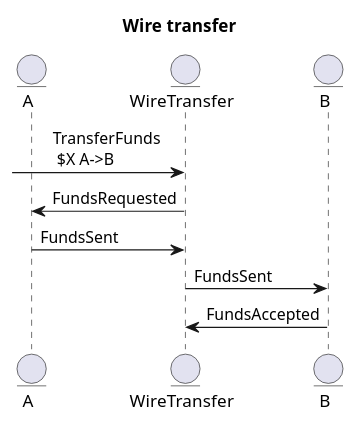
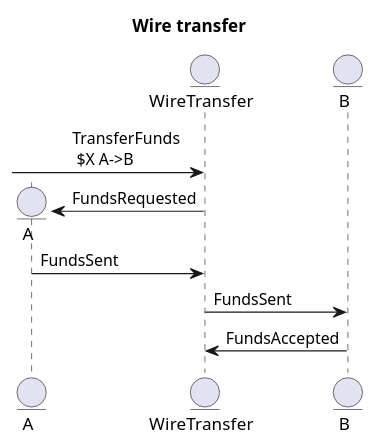
Before and after one commit to RedElastic/reactive-stock-trader: the diagram in docs/MoneyTransfer.puml, drawn with PlantUML. The commit also changed 26 other files, not shown here.

```diff
--- a/docs/MoneyTransfer.puml
+++ b/docs/MoneyTransfer.puml
@@ -1,13 +1,14 @@
 @startuml
 !pragma teoz true
 skinparam SequenceMessageAlign direction
 title Wire transfer
 entity A
 entity WireTransfer
 entity B
 [-> WireTransfer: TransferFunds \n $X A->B
+create A
 WireTransfer -> A: FundsRequested
 A -> WireTransfer: FundsSent
 WireTransfer -> B: FundsSent
 B -> WireTransfer: FundsAccepted
 @enduml
```
